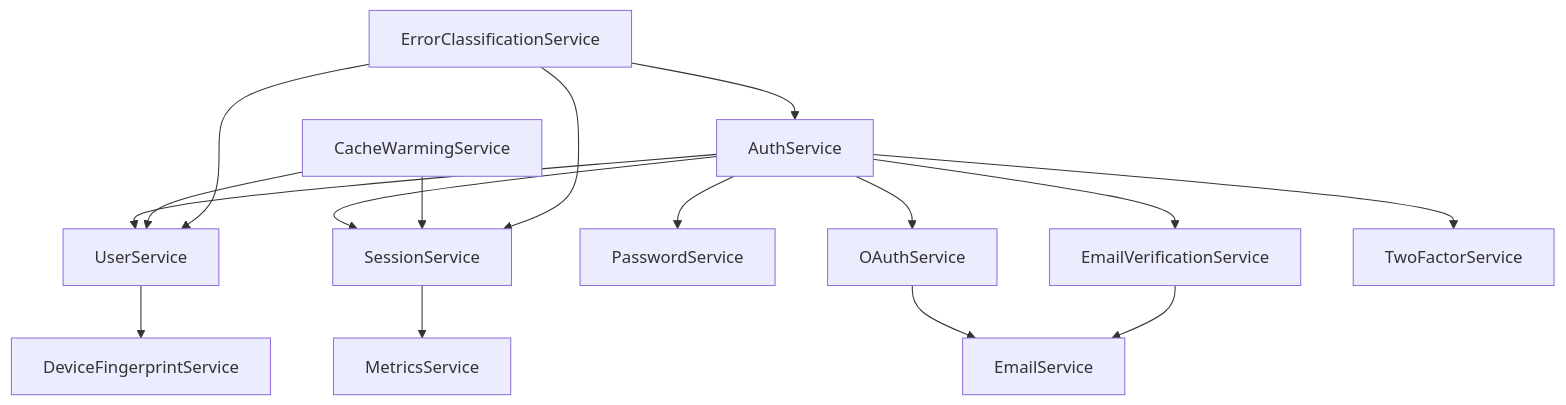
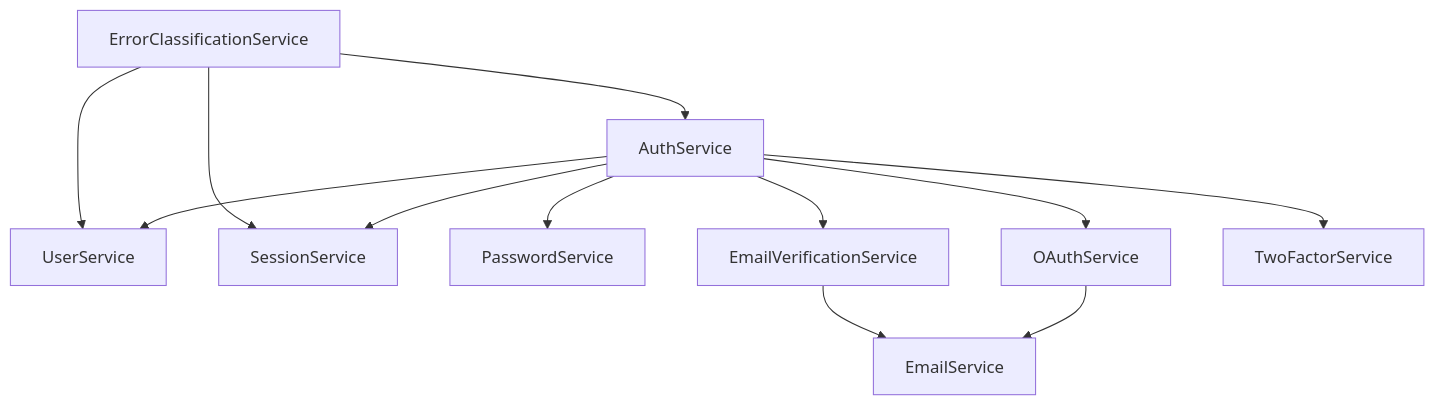
The diagram in src/services/README.md (Neel-Networks-Organization/bizpickr-auth-services), drawn with Mermaid before and after one commit. The commit also changed other lines of this file and 87 other files, not shown here.

````diff
--- a/src/services/README.md
+++ b/src/services/README.md
@@ -281,21 +243,16 @@
 ```mermaid
 graph TD
     A[AuthService] --> B[UserService]
     A --> C[SessionService]
     A --> D[PasswordService]
     A --> E[OAuthService]
     A --> F[EmailVerificationService]
     A --> G[TwoFactorService]
 
-    B --> H[DeviceFingerprintService]
-    C --> I[MetricsService]
     E --> J[EmailService]
     F --> J
-
-    K[CacheWarmingService] --> B
-    K --> C
 
     L[ErrorClassificationService] --> A
     L --> B
     L --> C
 ```
````
